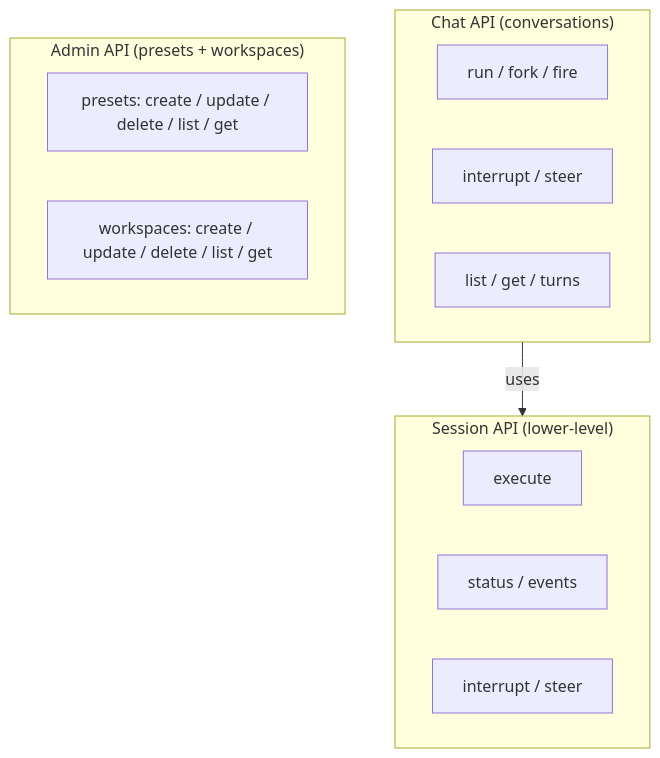
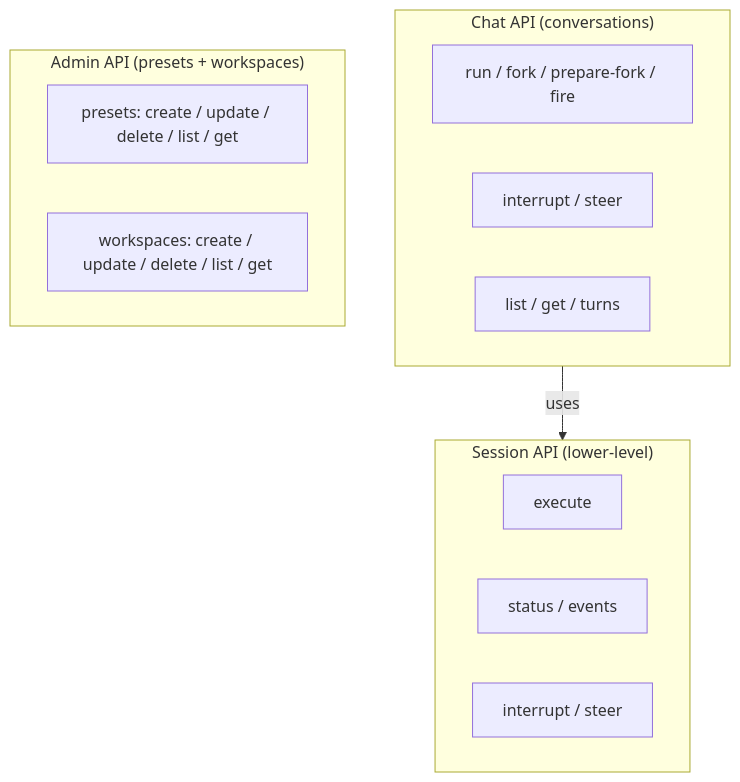
One commit to Wh1isper/netherbrain changed the first of 2 diagrams in spec/agent_runtime/07-api.md. Above: the diagram before and after it, drawn with Mermaid. The commit also changed other lines of this file and 41 other files, not shown here.

First line of the commit message:
feat: add prepare-fork endpoint, usage tracking, and session pre-registration

````diff
--- a/spec/agent_runtime/07-api.md
+++ b/spec/agent_runtime/07-api.md
@@ -15,24 +15,24 @@
 ```mermaid
 flowchart TB
     subgraph Chat["Chat API (conversations)"]
         direction LR
-        C1["run / fork / fire"]
+        C1["run / fork / prepare-fork / fire"]
         C2["interrupt / steer"]
         C3["list / get / turns"]
     end
 
     subgraph Admin["Admin API (presets + workspaces)"]
         direction LR
         A1["presets: create / update / delete / list / get"]
         A2["workspaces: create / update / delete / list / get"]
     end
 
     subgraph Low["Session API (lower-level)"]
         direction LR
         S1["execute"]
         S2["status / events"]
         S3["interrupt / steer"]
     end
 
     Chat --> |"uses"| Low
 ```
````
